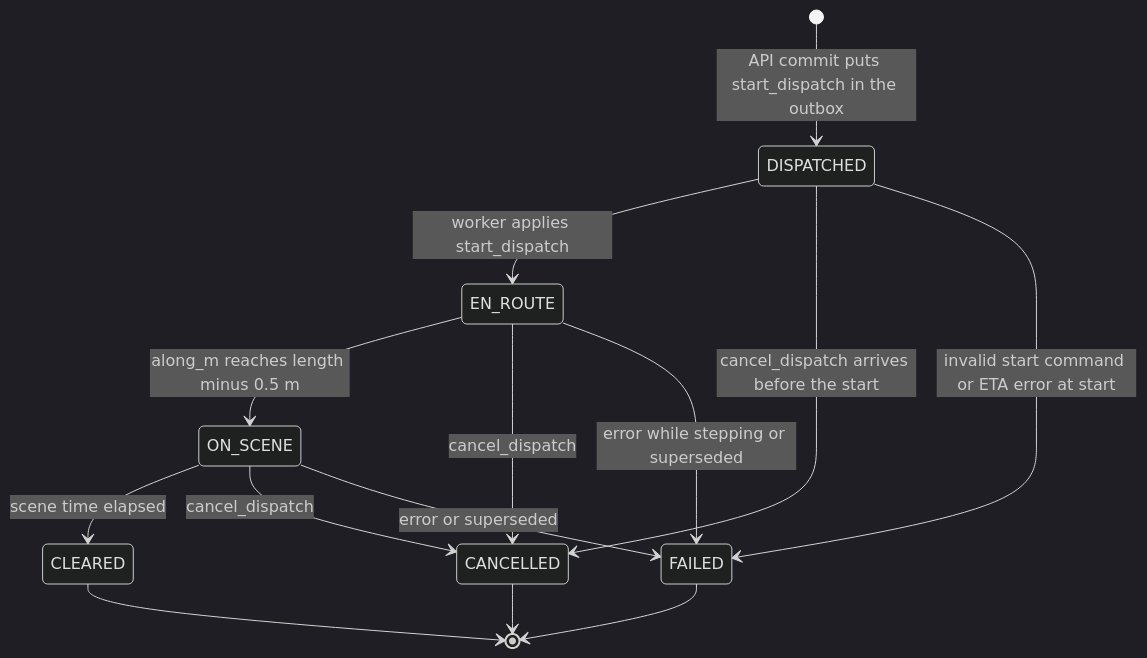
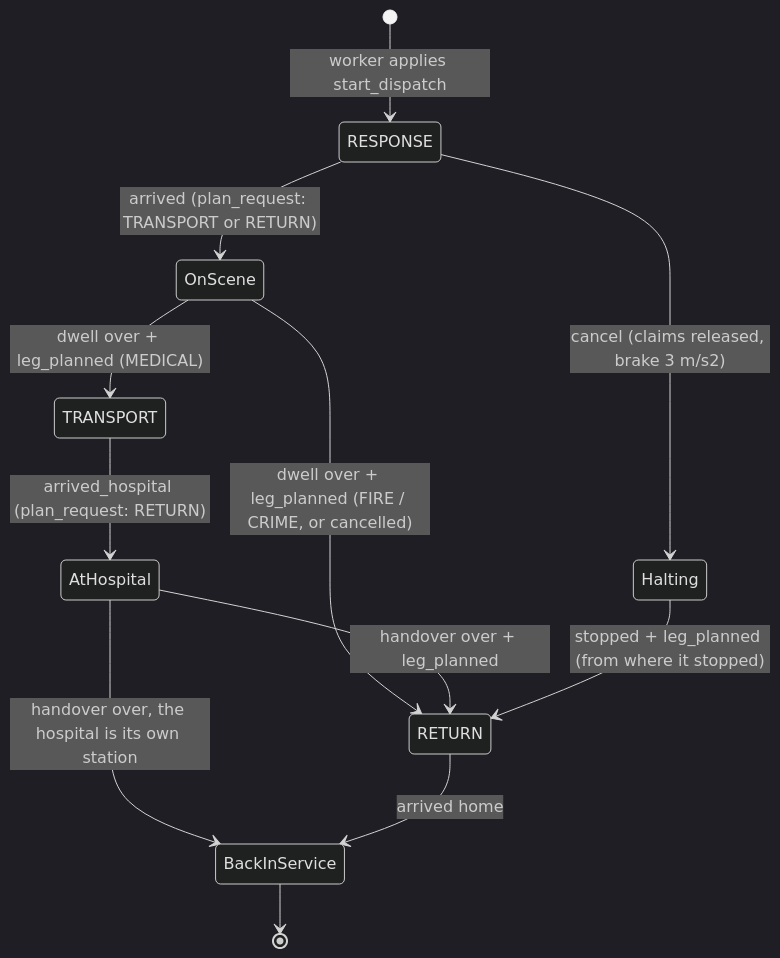
Before and after one commit to amanaanubhav/divert-ai: the second of 3 diagrams in docs/knowledge-bank/02-domain-rules.md, drawn with Mermaid (dark theme). The commit also changed other lines of this file and 7 other files, not shown here.

````diff
--- a/docs/knowledge-bank/02-domain-rules.md
+++ b/docs/knowledge-bank/02-domain-rules.md
@@ -310,16 +372,14 @@
 ```mermaid
 stateDiagram-v2
-    [*] --> DISPATCHED: API commit puts start_dispatch in the outbox
-    DISPATCHED --> EN_ROUTE: worker applies start_dispatch
-    DISPATCHED --> CANCELLED: cancel_dispatch arrives before the start
-    DISPATCHED --> FAILED: invalid start command or ETA error at start
-    EN_ROUTE --> ON_SCENE: along_m reaches length minus 0.5 m
-    EN_ROUTE --> CANCELLED: cancel_dispatch
-    EN_ROUTE --> FAILED: error while stepping or superseded
-    ON_SCENE --> CLEARED: scene time elapsed
-    ON_SCENE --> CANCELLED: cancel_dispatch
-    ON_SCENE --> FAILED: error or superseded
-    CLEARED --> [*]
-    CANCELLED --> [*]
-    FAILED --> [*]
+    [*] --> RESPONSE: worker applies start_dispatch
+    RESPONSE --> OnScene: arrived (plan_request: TRANSPORT or RETURN)
+    OnScene --> TRANSPORT: dwell over + leg_planned (MEDICAL)
+    OnScene --> RETURN: dwell over + leg_planned (FIRE / CRIME, or cancelled)
+    TRANSPORT --> AtHospital: arrived_hospital (plan_request: RETURN)
+    AtHospital --> RETURN: handover over + leg_planned
+    AtHospital --> BackInService: handover over, the hospital is its own station
+    RESPONSE --> Halting: cancel (claims released, brake 3 m/s2)
+    Halting --> RETURN: stopped + leg_planned (from where it stopped)
+    RETURN --> BackInService: arrived home
+    BackInService --> [*]
 ```
````
